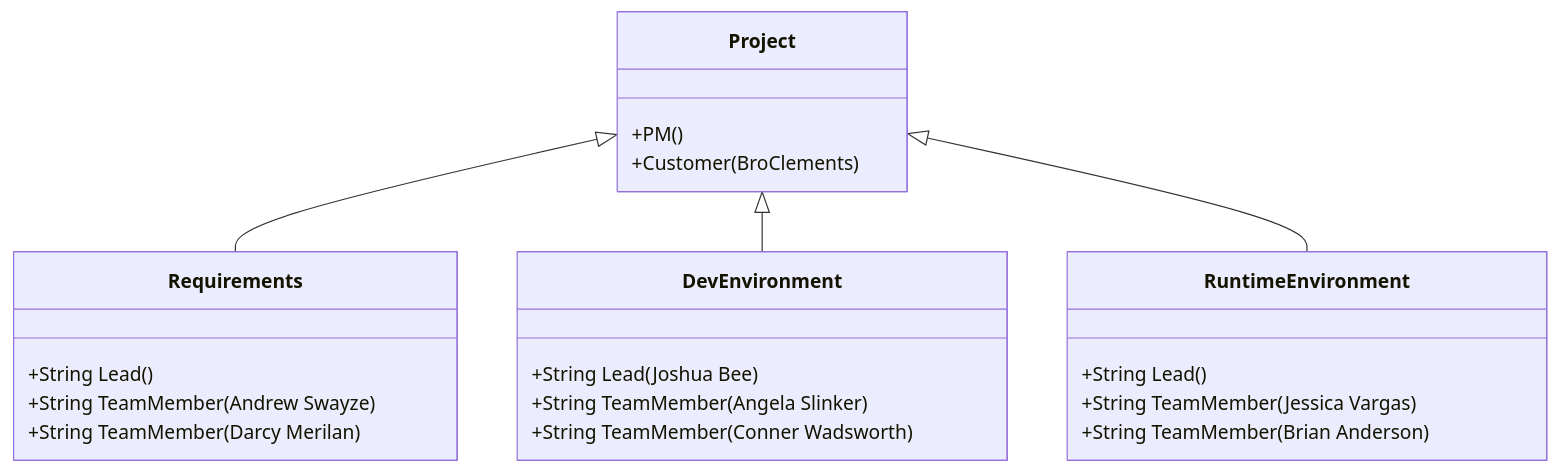
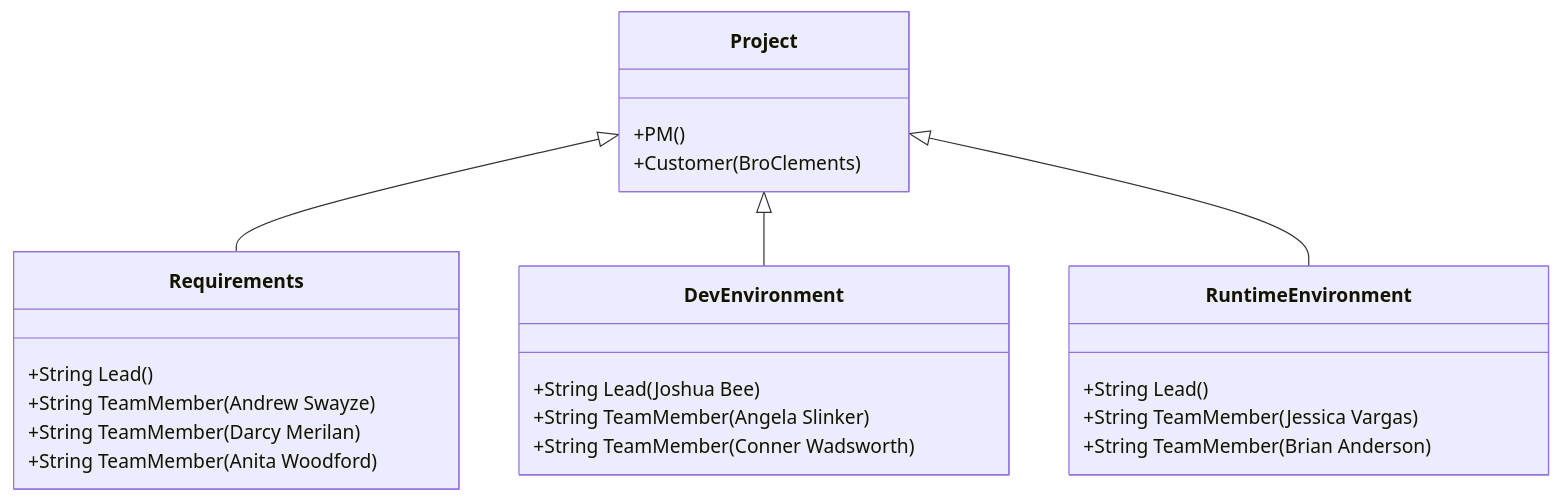
Before and after one commit to byui-cse397/2024WinCSE490PCP: the first of 2 diagrams in ProjectManagement/OrganizationChart/OrganizationChart.md, drawn with Mermaid. The commit also changed other lines of this file, not shown here.

Commit message:
Update OrganizationChart.md
Adding my name to the OrganizationChart.md

````diff
--- a/ProjectManagement/OrganizationChart/OrganizationChart.md
+++ b/ProjectManagement/OrganizationChart/OrganizationChart.md
@@ -2,23 +2,24 @@
 ```mermaid
 classDiagram
       Project <|-- Requirements
       Project <|-- DevEnvironment
       Project <|-- RuntimeEnvironment
       Project : +PM()
       Project : +Customer(BroClements)
       class Requirements{
           +String Lead()
           +String TeamMember(Andrew Swayze)
           +String TeamMember(Darcy Merilan)
+          +String TeamMember(Anita Woodford)
       }
       class DevEnvironment{
           +String Lead(Joshua Bee)
           +String TeamMember(Angela Slinker)
           +String TeamMember(Conner Wadsworth)
       }
       class RuntimeEnvironment{
           +String Lead()
           +String TeamMember(Jessica Vargas)
           +String TeamMember(Brian Anderson)
       }
 ```
````
